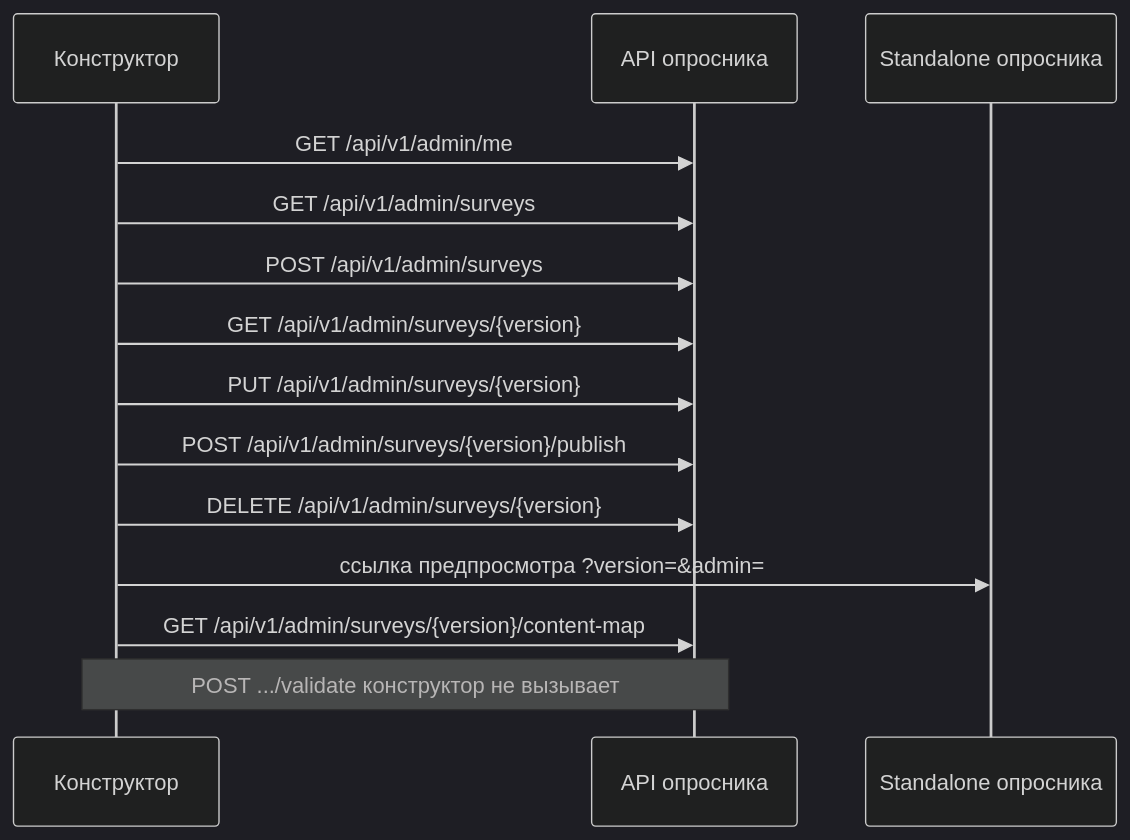
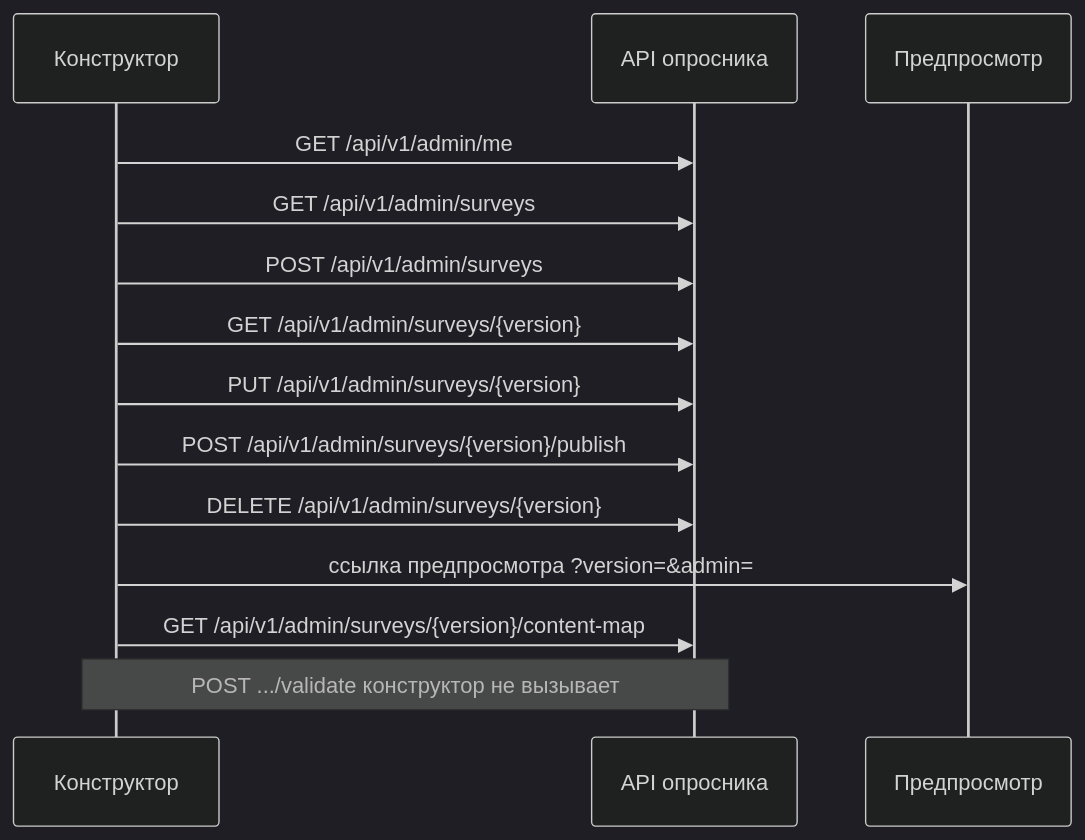
The fifth of 5 diagrams in docs/API.md (pomazkoff/idb-beauty-passport), drawn with Mermaid (dark theme) before and after one commit. The commit also changed other lines of this file and 9 other files, not shown here.

````diff
--- a/docs/API.md
+++ b/docs/API.md
@@ -309,17 +307,17 @@
 ```mermaid
 sequenceDiagram
   participant A as Конструктор
   participant API as API опросника
-  participant W as Standalone опросника
+  participant W as Предпросмотр
 
   A->>API: GET /api/v1/admin/me
   A->>API: GET /api/v1/admin/surveys
   A->>API: POST /api/v1/admin/surveys
   A->>API: GET /api/v1/admin/surveys/{version}
   A->>API: PUT /api/v1/admin/surveys/{version}
   A->>API: POST /api/v1/admin/surveys/{version}/publish
   A->>API: DELETE /api/v1/admin/surveys/{version}
   A->>W: ссылка предпросмотра ?version=&admin=
   A->>API: GET /api/v1/admin/surveys/{version}/content-map
   Note over A,API: POST .../validate конструктор не вызывает
 ```
````
